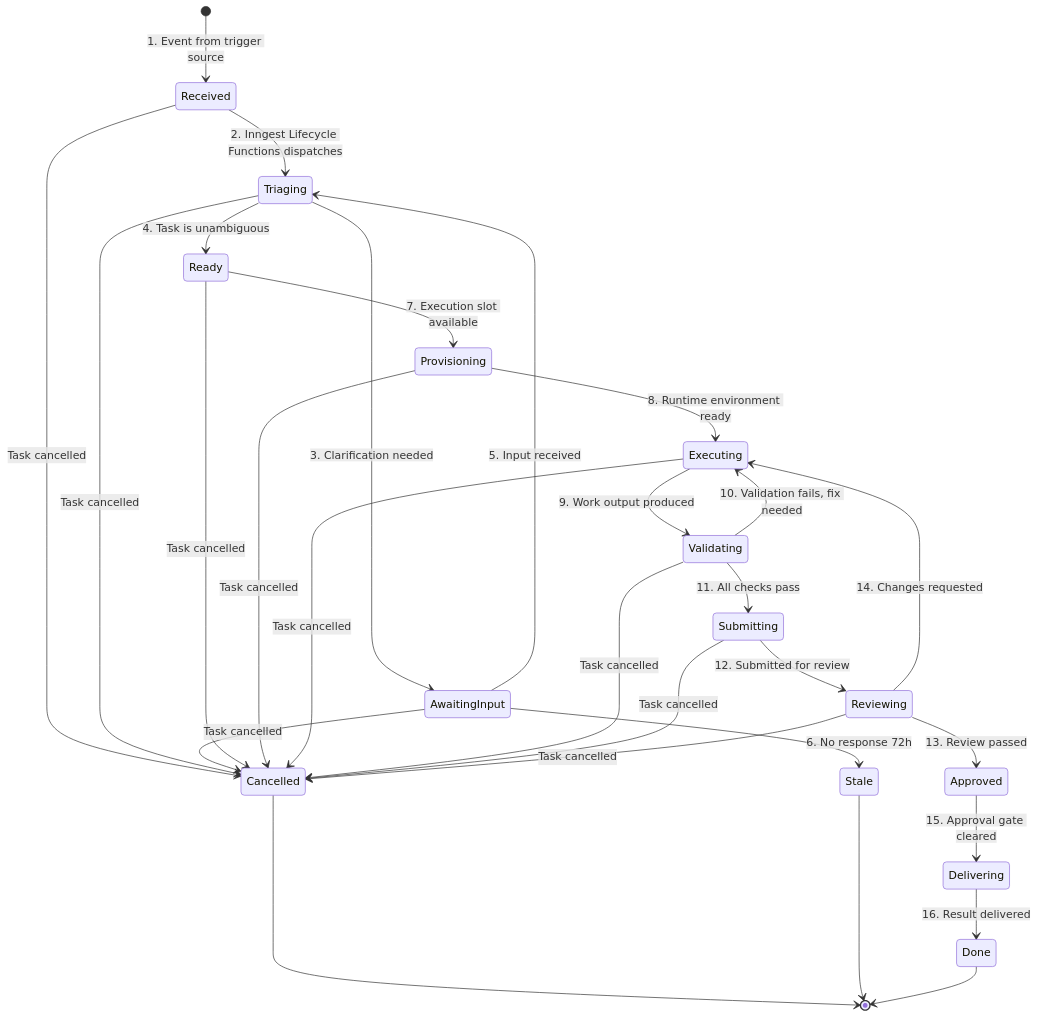
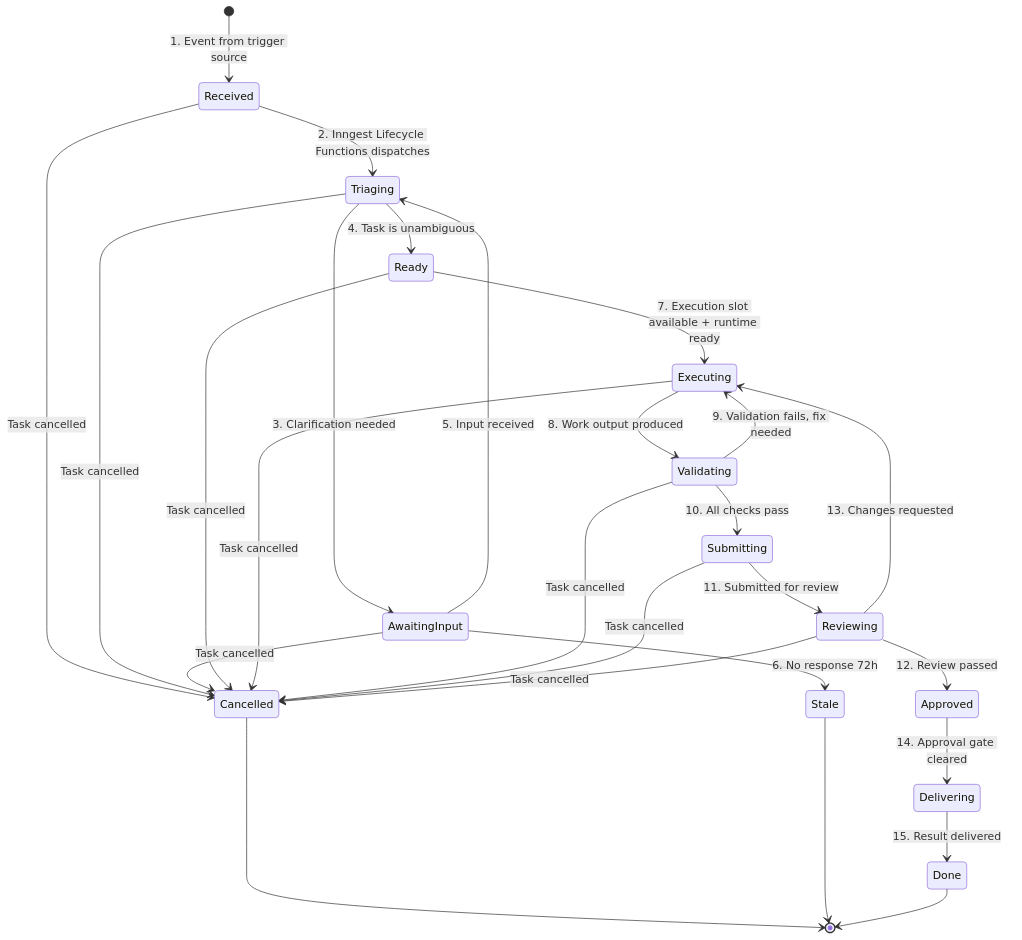
The fourth of 16 diagrams in docs/2026-03-22-2317-ai-employee-architecture.md (viiqswim/dozaldevs-ai-employee), drawn with Mermaid before and after one commit. The commit also changed other lines of this file, not shown here.

Commit message:
docs: remove Provisioning state from universal state machine

````diff
--- a/docs/2026-03-22-2317-ai-employee-architecture.md
+++ b/docs/2026-03-22-2317-ai-employee-architecture.md
@@ -322,31 +322,29 @@
 ```mermaid
 stateDiagram-v2
     [*] --> Received: 1. Event from trigger source
     Received --> Triaging: 2. Inngest Lifecycle Functions dispatches
     Triaging --> AwaitingInput: 3. Clarification needed
     Triaging --> Ready: 4. Task is unambiguous
     AwaitingInput --> Triaging: 5. Input received
     AwaitingInput --> Stale: 6. No response 72h
-    Ready --> Provisioning: 7. Execution slot available
-    Provisioning --> Executing: 8. Runtime environment ready
-    Executing --> Validating: 9. Work output produced
-    Validating --> Executing: 10. Validation fails, fix needed
-    Validating --> Submitting: 11. All checks pass
-    Submitting --> Reviewing: 12. Submitted for review
-    Reviewing --> Approved: 13. Review passed
-    Reviewing --> Executing: 14. Changes requested
-    Approved --> Delivering: 15. Approval gate cleared
-    Delivering --> Done: 16. Result delivered
+    Ready --> Executing: 7. Execution slot available + runtime ready
+    Executing --> Validating: 8. Work output produced
+    Validating --> Executing: 9. Validation fails, fix needed
+    Validating --> Submitting: 10. All checks pass
+    Submitting --> Reviewing: 11. Submitted for review
+    Reviewing --> Approved: 12. Review passed
+    Reviewing --> Executing: 13. Changes requested
+    Approved --> Delivering: 14. Approval gate cleared
+    Delivering --> Done: 15. Result delivered
     Received --> Cancelled: Task cancelled
     Triaging --> Cancelled: Task cancelled
     AwaitingInput --> Cancelled: Task cancelled
     Ready --> Cancelled: Task cancelled
-    Provisioning --> Cancelled: Task cancelled
     Executing --> Cancelled: Task cancelled
     Validating --> Cancelled: Task cancelled
     Submitting --> Cancelled: Task cancelled
     Reviewing --> Cancelled: Task cancelled
     Cancelled --> [*]
     Stale --> [*]
     Done --> [*]
 ```
````
